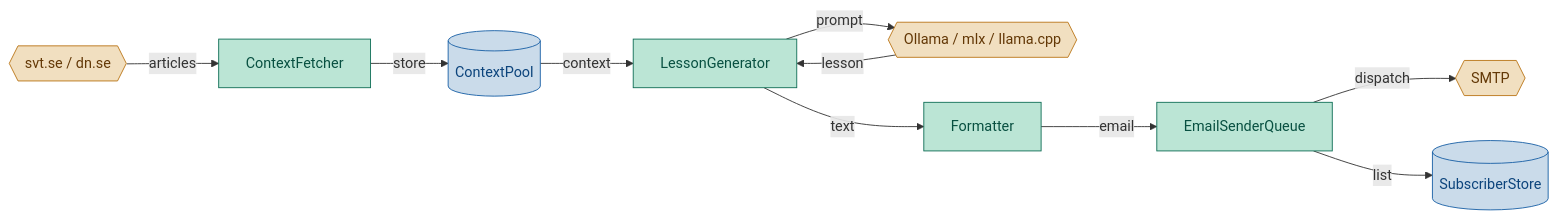
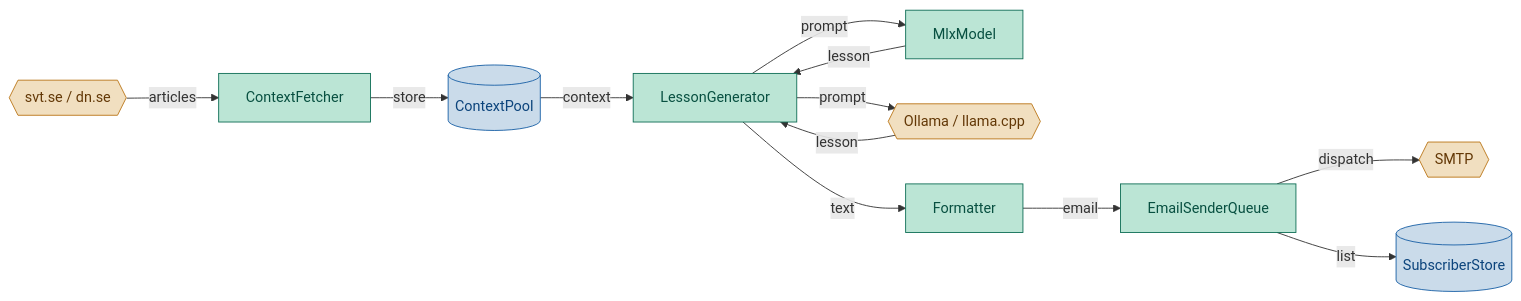
The first of 2 diagrams in README.md (yunfei-ma/daglas), drawn with Mermaid before and after one commit. The commit also changed other lines of this file, not shown here.

````diff
--- a/README.md
+++ b/README.md
@@ -13,26 +13,29 @@
 ```mermaid
 graph LR
     classDef core    fill:#bbe5d5,stroke:#0F6E56,color:#085041
     classDef store   fill:#cadbea,stroke:#185FA5,color:#0C447C
     classDef external fill:#f1dfc0,stroke:#BA7517,color:#633806
 
     Site{{svt.se / dn.se}}:::external
     Fetcher[ContextFetcher]:::core
     Pool[(ContextPool)]:::store
-    LLM{{Ollama / mlx / llama.cpp}}:::external
+    Mlx[MlxModel]:::core
+    Olly{{Ollama / llama.cpp}}:::external
     Generator[LessonGenerator]:::core
     Formatter[Formatter]:::core
     Sender[EmailSenderQueue]:::core
     Subscribers[(SubscriberStore)]:::store
     SMTP{{SMTP}}:::external
 
     Site -->|articles| Fetcher
     Fetcher -->|store| Pool
     Pool -->|context| Generator
-    Generator -->|prompt| LLM
-    LLM -->|lesson| Generator
+    Generator -->|prompt| Mlx
+    Mlx -->|lesson| Generator
+    Generator -->|prompt| Olly
+    Olly -->|lesson| Generator
     Generator -->|text| Formatter
     Formatter -->|email| Sender
     Sender -->|dispatch| SMTP
     Sender -->|list| Subscribers
 ```
````
